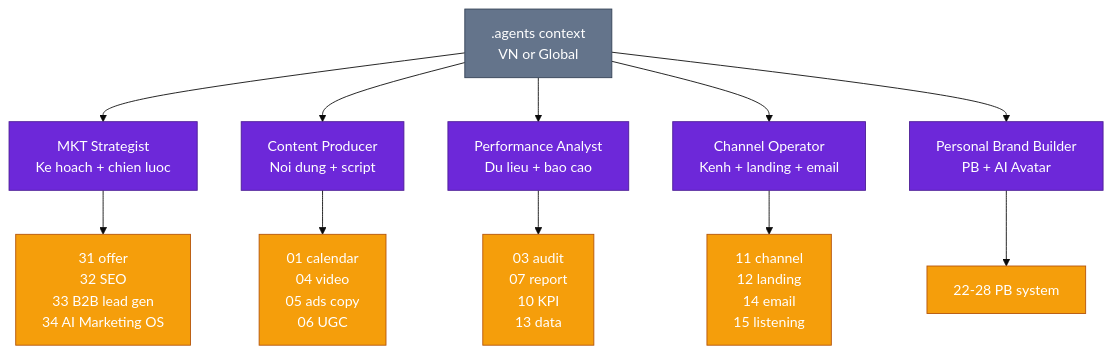
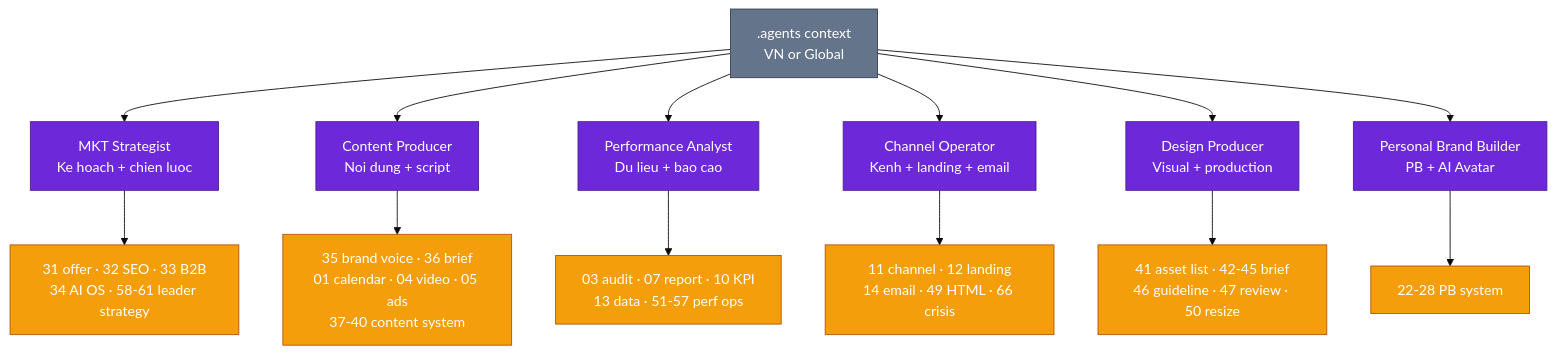
Before and after one commit to minhnv0807/ai-business-skills: the sixth of 6 diagrams in README.vi.md, drawn with Mermaid (base theme). The commit also changed other lines of this file and 164 other files, not shown here.

````diff
--- a/README.vi.md
+++ b/README.vi.md
@@ -553,22 +625,24 @@
 ```mermaid
 flowchart TD
     Context[".agents context<br/>VN or Global"] --> Strategist["MKT Strategist<br/>Ke hoach + chien luoc"]
     Context --> Content["Content Producer<br/>Noi dung + script"]
     Context --> Performance["Performance Analyst<br/>Du lieu + bao cao"]
     Context --> Channel["Channel Operator<br/>Kenh + landing + email"]
+    Context --> Design["Design Producer<br/>Visual + production"]
     Context --> Personal["Personal Brand Builder<br/>PB + AI Avatar"]
 
-    Strategist --> Growth["31 offer<br/>32 SEO<br/>33 B2B lead gen<br/>34 AI Marketing OS"]
-    Content --> Creative["01 calendar<br/>04 video<br/>05 ads copy<br/>06 UGC"]
-    Performance --> Metrics["03 audit<br/>07 report<br/>10 KPI<br/>13 data"]
-    Channel --> OpsLoop["11 channel<br/>12 landing<br/>14 email<br/>15 listening"]
+    Strategist --> Growth["31 offer · 32 SEO · 33 B2B<br/>34 AI OS · 58-61 leader strategy"]
+    Content --> Creative["35 brand voice · 36 brief<br/>01 calendar · 04 video · 05 ads<br/>37-40 content system"]
+    Performance --> Metrics["03 audit · 07 report · 10 KPI<br/>13 data · 51-57 perf ops"]
+    Channel --> OpsLoop["11 channel · 12 landing<br/>14 email · 49 HTML · 66 crisis"]
+    Design --> DesignLoop["41 asset list · 42-45 brief<br/>46 guideline · 47 review · 50 resize"]
     Personal --> PBLoop["22-28 PB system"]
 
     classDef system fill:#64748b,stroke:#334155,color:#fff
     classDef cmsdev fill:#6d28d9,stroke:#4c1d95,color:#fff
     classDef admin fill:#f59e0b,stroke:#b45309,color:#fff
 
     class Context system
-    class Strategist,Content,Performance,Channel,Personal cmsdev
-    class Growth,Creative,Metrics,OpsLoop,PBLoop admin
+    class Strategist,Content,Performance,Channel,Design,Personal cmsdev
+    class Growth,Creative,Metrics,OpsLoop,DesignLoop,PBLoop admin
 ```
````
